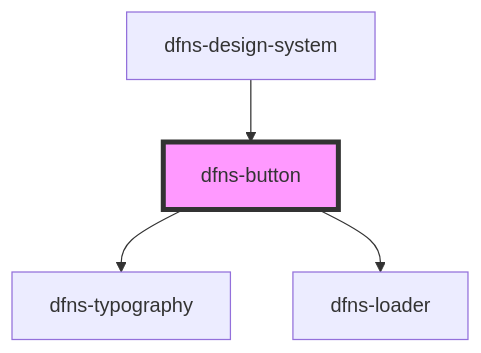
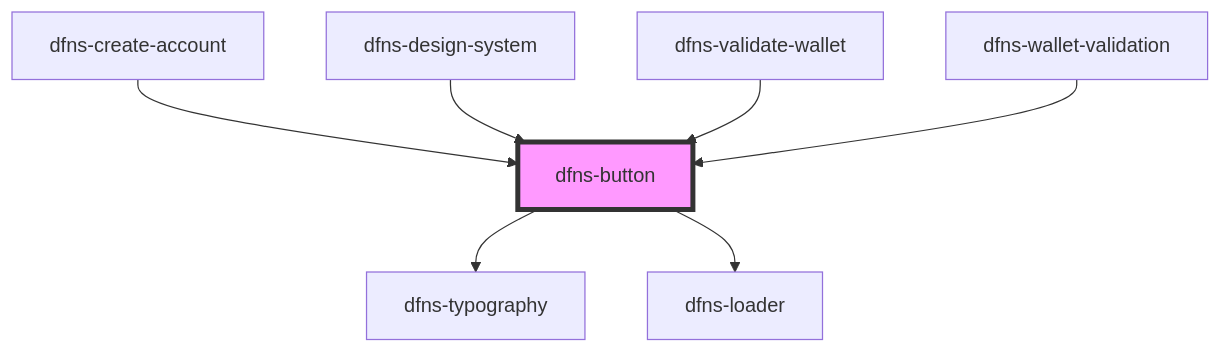
One commit to dfnsext/web-ui changed the diagram in src/components/dfns-button/readme.md. Above: the diagram before and after it, drawn with Mermaid. The commit also changed other lines of this file and 23 other files, not shown here.

````diff
--- a/src/components/dfns-button/readme.md
+++ b/src/components/dfns-button/readme.md
@@ -44,7 +48,10 @@
 ```mermaid
 graph TD;
   dfns-button --> dfns-typography
   dfns-button --> dfns-loader
+  dfns-create-account --> dfns-button
   dfns-design-system --> dfns-button
+  dfns-validate-wallet --> dfns-button
+  dfns-wallet-validation --> dfns-button
   style dfns-button fill:#f9f,stroke:#333,stroke-width:4px
 ```
````
